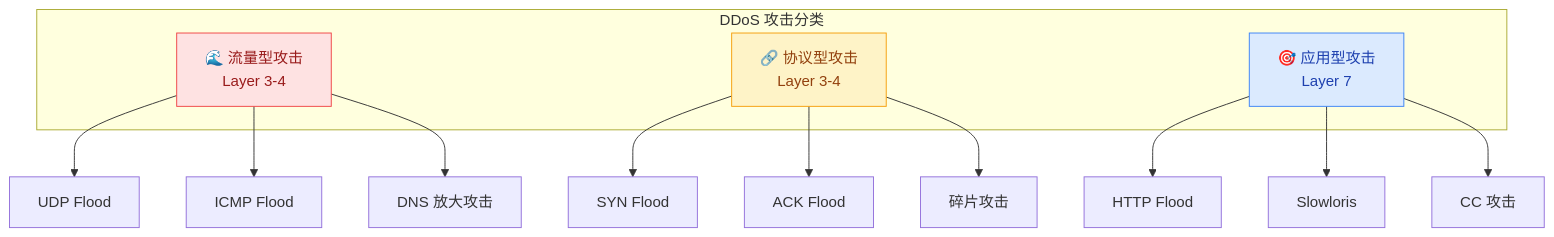
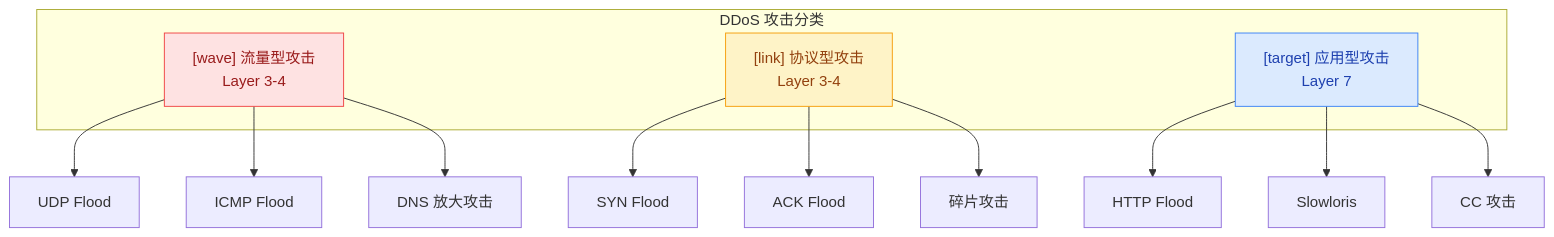
One commit to SKT-Shurima/NetworkMastery changed the first of 4 diagrams in docs/guide/attacks/ddos.md. Above: the diagram before and after it, drawn with Mermaid. The commit also changed 54 other files, not shown here.

````diff
--- a/docs/guide/attacks/ddos.md
+++ b/docs/guide/attacks/ddos.md
@@ -18,24 +18,24 @@
 ```mermaid
 graph TD
     subgraph "DDoS 攻击分类"
-        A["🌊 流量型攻击<br/>Layer 3-4"]
-        B["🔗 协议型攻击<br/>Layer 3-4"]
-        C["🎯 应用型攻击<br/>Layer 7"]
+        A["[wave] 流量型攻击<br/>Layer 3-4"]
+        B["[link] 协议型攻击<br/>Layer 3-4"]
+        C["[target] 应用型攻击<br/>Layer 7"]
     end
 
     A --> A1["UDP Flood"]
     A --> A2["ICMP Flood"]
     A --> A3["DNS 放大攻击"]
     
     B --> B1["SYN Flood"]
     B --> B2["ACK Flood"]
     B --> B3["碎片攻击"]
     
     C --> C1["HTTP Flood"]
     C --> C2["Slowloris"]
     C --> C3["CC 攻击"]
 
     style A fill:#fee2e2,stroke:#ef4444,color:#991b1b
     style B fill:#fef3c7,stroke:#f59e0b,color:#92400e
     style C fill:#dbeafe,stroke:#3b82f6,color:#1e40af
 ```
````
